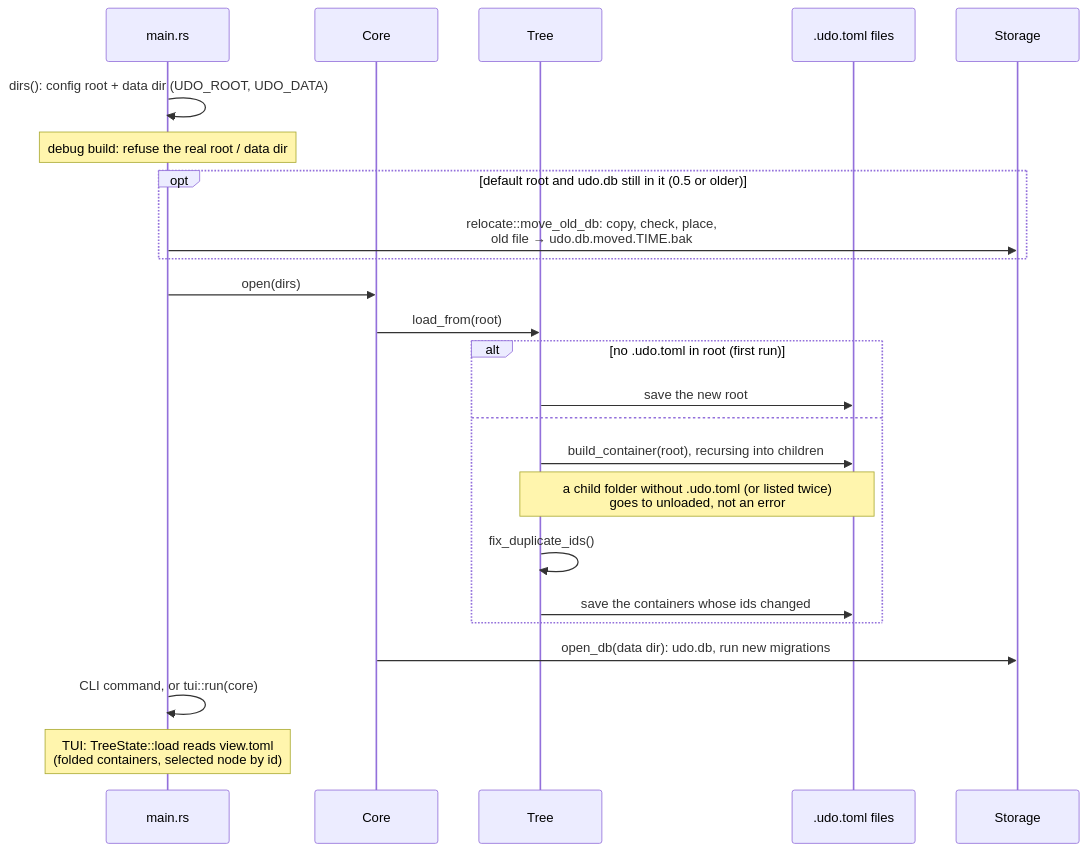
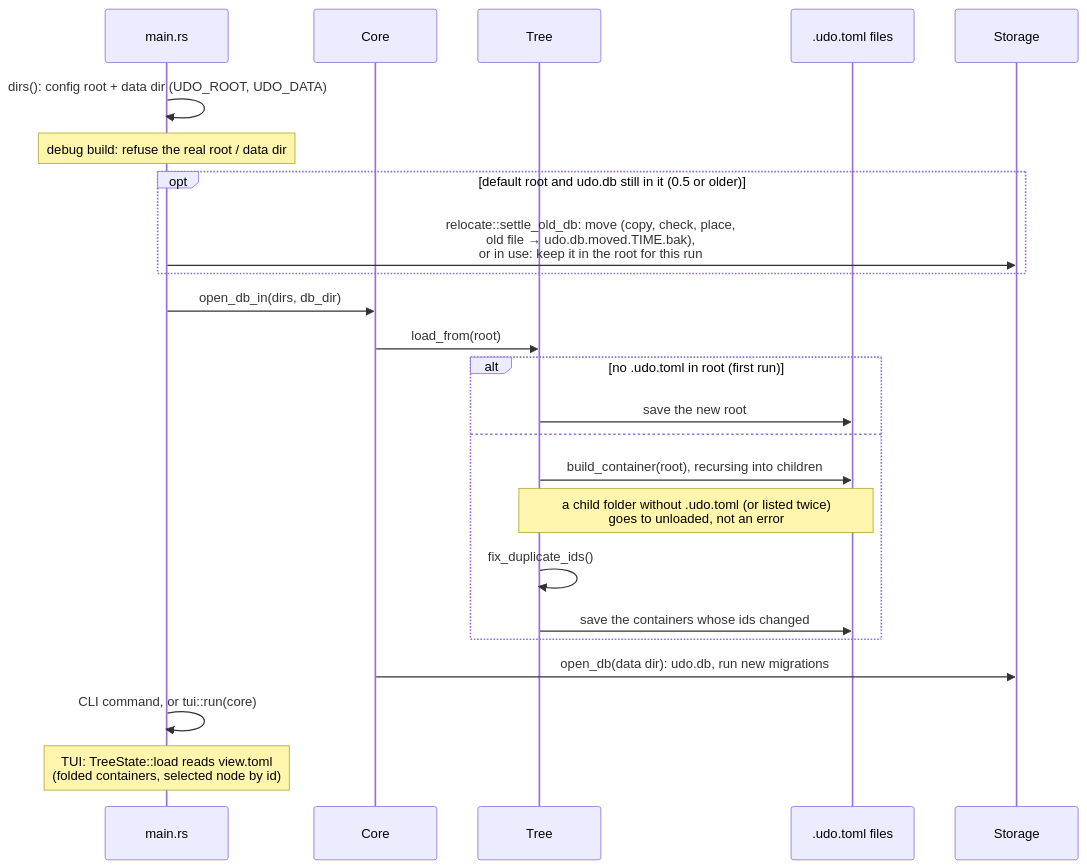
The first of 6 diagrams in docs/architecture/flows.md (jqyDee/udo), drawn with Mermaid before and after one commit. The commit also changed 6 other files, not shown here.

Commit message:
feat(storage): use old udo.db in place while it is in use (#93)

````diff
--- a/docs/architecture/flows.md
+++ b/docs/architecture/flows.md
@@ -14,27 +14,27 @@
 ```mermaid
 sequenceDiagram
     participant main as main.rs
     participant Core
     participant Tree
     participant fs as .udo.toml files
     participant Storage
 
     main->>main: dirs(): config root + data dir (UDO_ROOT, UDO_DATA)
     Note over main: debug build: refuse the real root / data dir
     opt default root and udo.db still in it (0.5 or older)
-        main->>Storage: relocate::move_old_db: copy, check, place,<br/>old file → udo.db.moved.TIME.bak
+        main->>Storage: relocate::settle_old_db: move (copy, check, place,<br/>old file → udo.db.moved.TIME.bak),<br/>or in use: keep it in the root for this run
     end
-    main->>Core: open(dirs)
+    main->>Core: open_db_in(dirs, db_dir)
     Core->>Tree: load_from(root)
     alt no .udo.toml in root (first run)
         Tree->>fs: save the new root
     else
         Tree->>fs: build_container(root), recursing into children
         Note over Tree,fs: a child folder without .udo.toml (or listed twice)<br/>goes to unloaded, not an error
         Tree->>Tree: fix_duplicate_ids()
         Tree->>fs: save the containers whose ids changed
     end
     Core->>Storage: open_db(data dir): udo.db, run new migrations
     main->>main: CLI command, or tui::run(core)
     Note over main: TUI: TreeState::load reads view.toml<br/>(folded containers, selected node by id)
 ```
````
